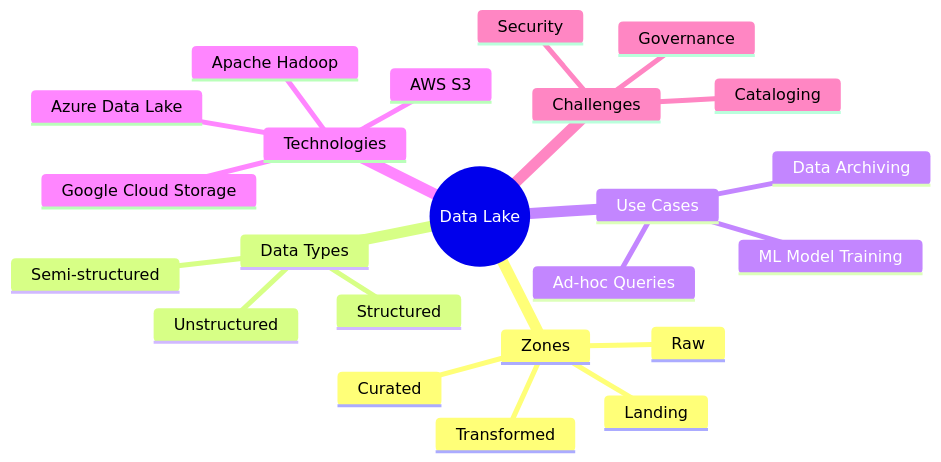
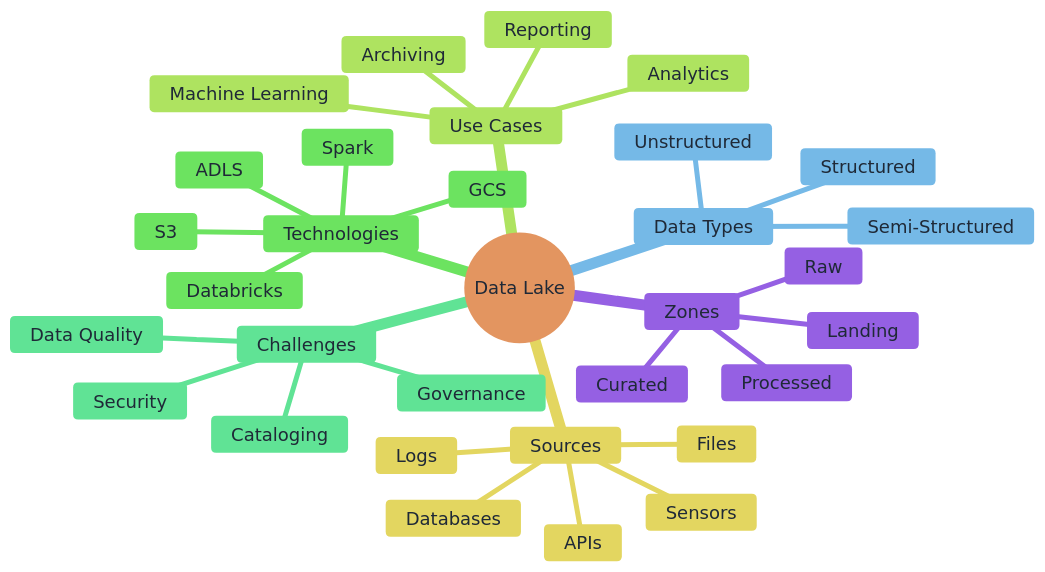
Before and after one commit to tinitiateprime/tinitiate-data-engineering: the second of 2 diagrams in data-lake.md, drawn with Mermaid. The commit also changed other lines of this file, not shown here.

````diff
--- a/data-lake.md
+++ b/data-lake.md
@@ -26,26 +80,46 @@
 ```mermaid
+%%{init: {
+  "theme": "base",
+  "themeVariables": {
+    "background": "#0F1117",
+    "primaryColor": "#F6DDCC",
+    "primaryTextColor": "#1F2937",
+    "primaryBorderColor": "#D1D5DB",
+    "lineColor": "#94A3B8",
+    "fontSize": "18px"
+  }
+}}%%
 mindmap
   root((Data Lake))
     Zones
       Landing
       Raw
-      Transformed
+      Processed
       Curated
     Data Types
       Structured
-      Semi-structured
+      Semi-Structured
       Unstructured
+    Sources
+      Files
+      APIs
+      Databases
+      Logs
+      Sensors
     Use Cases
-      Ad-hoc Queries
-      ML Model Training
-      Data Archiving
+      Analytics
+      Reporting
+      Machine Learning
+      Archiving
     Technologies
-      Apache Hadoop
-      AWS S3
-      Azure Data Lake
-      Google Cloud Storage
+      S3
+      ADLS
+      GCS
+      Spark
+      Databricks
     Challenges
       Governance
+      Security
       Cataloging
-      Security
+      Data Quality
 ``` 
````
